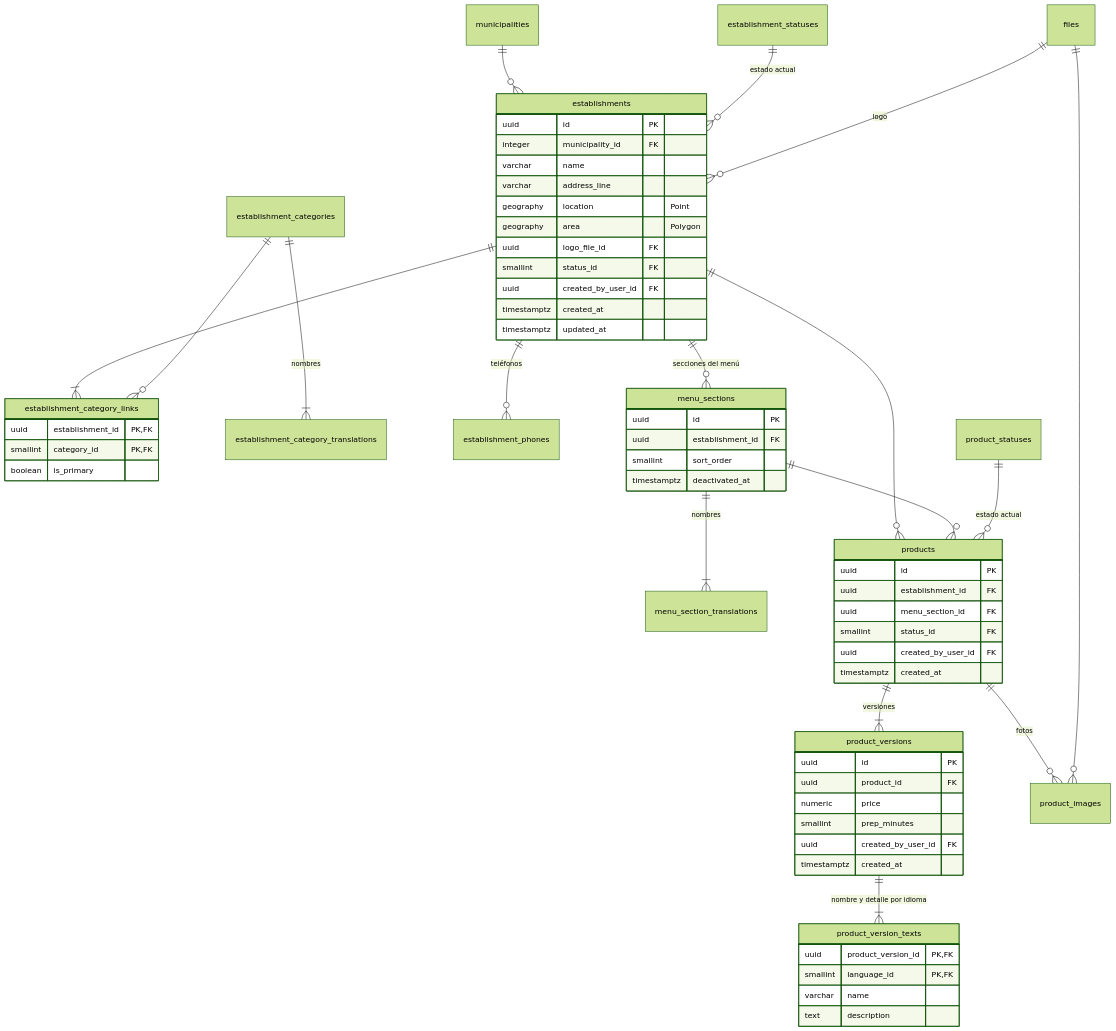
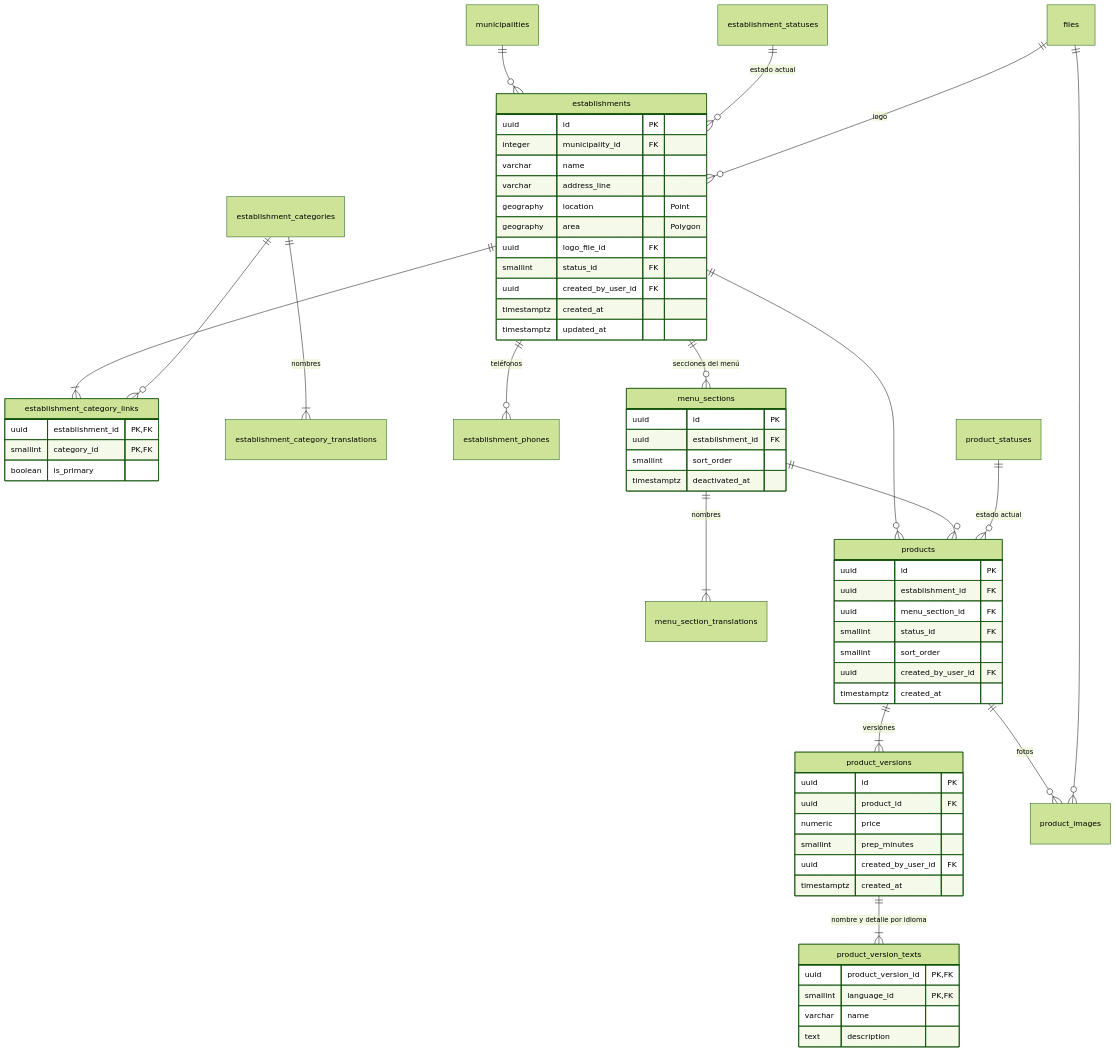
Before and after one commit to Yadirtf/RapiChonta: the diagram in Docs/14-base-de-datos/E02-establecimientos-y-menus.md, drawn with Mermaid (forest theme). The commit also changed other lines of this file and 3 other files, not shown here.

````diff
--- a/Docs/14-base-de-datos/E02-establecimientos-y-menus.md
+++ b/Docs/14-base-de-datos/E02-establecimientos-y-menus.md
@@ -7,66 +7,67 @@
 ```mermaid
 erDiagram
   municipalities ||--o{ establishments : ""
   establishment_statuses ||--o{ establishments : "estado actual"
   establishments ||--|{ establishment_category_links : ""
   establishment_categories ||--o{ establishment_category_links : ""
   establishment_categories ||--|{ establishment_category_translations : "nombres"
   establishments ||--o{ establishment_phones : "teléfonos"
   files ||--o{ establishments : "logo"
   establishments ||--o{ menu_sections : "secciones del menú"
   menu_sections ||--|{ menu_section_translations : "nombres"
   establishments ||--o{ products : ""
   menu_sections ||--o{ products : ""
   product_statuses ||--o{ products : "estado actual"
   products ||--|{ product_versions : "versiones"
   product_versions ||--|{ product_version_texts : "nombre y detalle por idioma"
   products ||--o{ product_images : "fotos"
   files ||--o{ product_images : ""
 
   establishments {
     uuid id PK
     integer municipality_id FK
     varchar name
     varchar address_line
     geography location "Point"
     geography area "Polygon"
     uuid logo_file_id FK
     smallint status_id FK
     uuid created_by_user_id FK
     timestamptz created_at
     timestamptz updated_at
   }
   establishment_category_links {
     uuid establishment_id PK,FK
     smallint category_id PK,FK
     boolean is_primary
   }
   menu_sections {
     uuid id PK
     uuid establishment_id FK
     smallint sort_order
     timestamptz deactivated_at
   }
   products {
     uuid id PK
     uuid establishment_id FK
     uuid menu_section_id FK
     smallint status_id FK
+    smallint sort_order
     uuid created_by_user_id FK
     timestamptz created_at
   }
   product_versions {
     uuid id PK
     uuid product_id FK
     numeric price
     smallint prep_minutes
     uuid created_by_user_id FK
     timestamptz created_at
   }
   product_version_texts {
     uuid product_version_id PK,FK
     smallint language_id PK,FK
     varchar name
     text description
   }
 ```
````
